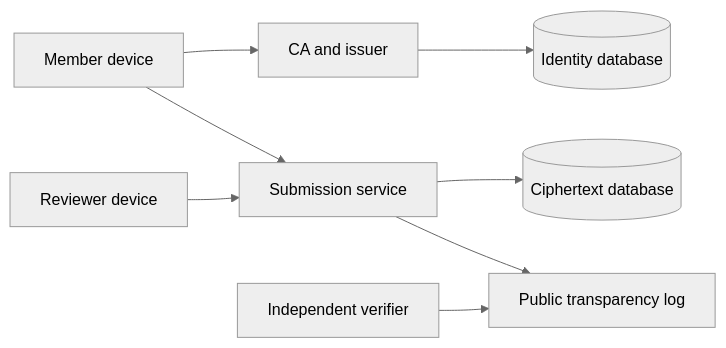
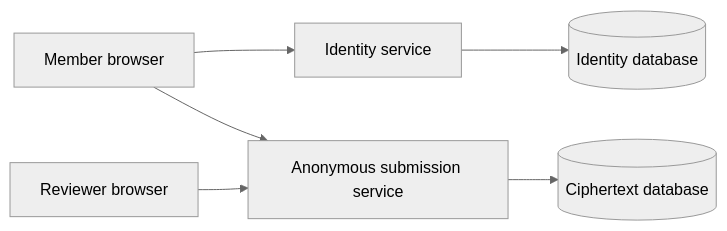
The diagram in docs/architecture.md (mandipnotroot/anonce), drawn with Mermaid (neutral theme) before and after one commit. The commit also changed other lines of this file and 79 other files, not shown here.

````diff
--- a/docs/architecture.md
+++ b/docs/architecture.md
@@ -37,10 +32,8 @@
 ```mermaid
 flowchart LR
-  M[Member device] --> C[CA and issuer]
-  C --> I[(Identity database)]
-  M --> S[Submission service]
-  S --> D[(Ciphertext database)]
-  R[Reviewer device] --> S
-  S --> L[Public transparency log]
-  V[Independent verifier] --> L
+  M[Member browser] --> I[Identity service]
+  I --> ID[(Identity database)]
+  M --> S[Anonymous submission service]
+  S --> SD[(Ciphertext database)]
+  R[Reviewer browser] --> S
 ```
````
